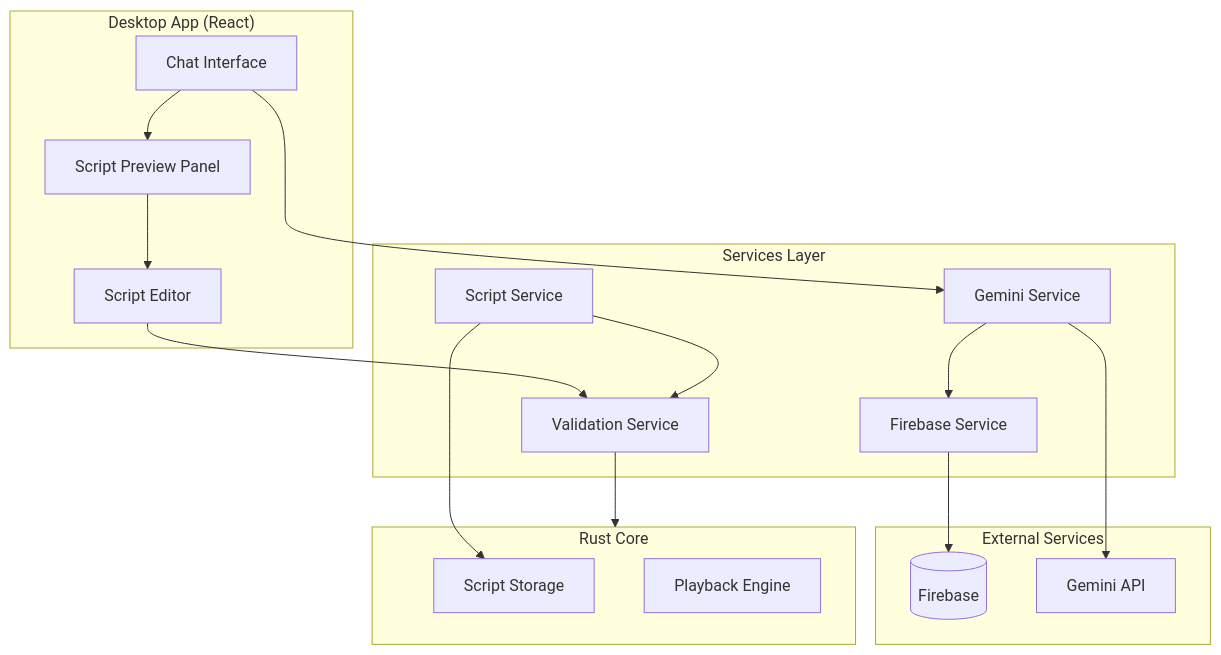
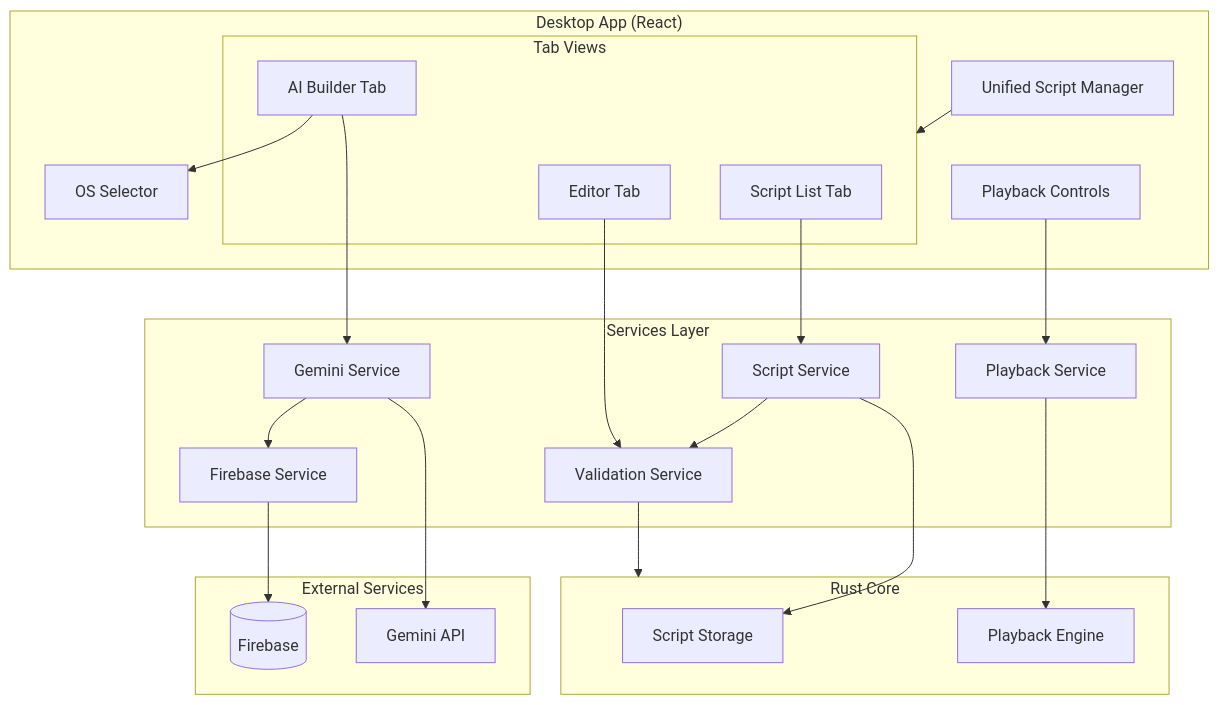
Before and after one commit to khuepm/GeniusQA: the diagram in .kiro/specs/ai-script-builder/design.md, drawn with Mermaid. The commit also changed other lines of this file and 22 other files, not shown here.

````diff
--- a/.kiro/specs/ai-script-builder/design.md
+++ b/.kiro/specs/ai-script-builder/design.md
@@ -16,38 +22,48 @@
 ```mermaid
 flowchart TB
     subgraph Desktop["Desktop App (React)"]
-        UI[Chat Interface]
-        Preview[Script Preview Panel]
-        Editor[Script Editor]
+        UnifiedUI[Unified Script Manager]
+        subgraph Tabs["Tab Views"]
+            ScriptList[Script List Tab]
+            AIBuilder[AI Builder Tab]
+            Editor[Editor Tab]
+        end
+        OSSelector[OS Selector]
+        PlaybackControls[Playback Controls]
     end
     
     subgraph Services["Services Layer"]
         GeminiService[Gemini Service]
         FirebaseService[Firebase Service]
         ScriptService[Script Service]
         ValidationService[Validation Service]
+        PlaybackService[Playback Service]
     end
     
     subgraph External["External Services"]
         Firebase[(Firebase)]
         Gemini[Gemini API]
     end
     
     subgraph Core["Rust Core"]
         ScriptStorage[Script Storage]
         Player[Playback Engine]
     end
     
-    UI --> GeminiService
-    UI --> Preview
-    Preview --> Editor
+    UnifiedUI --> Tabs
+    AIBuilder --> OSSelector
+    AIBuilder --> GeminiService
     Editor --> ValidationService
+    ScriptList --> ScriptService
+    
+    PlaybackControls --> PlaybackService
+    PlaybackService --> Player
     
     GeminiService --> FirebaseService
     GeminiService --> Gemini
     FirebaseService --> Firebase
     
     ScriptService --> ValidationService
     ScriptService --> ScriptStorage
     ValidationService --> Core
 ```
````
